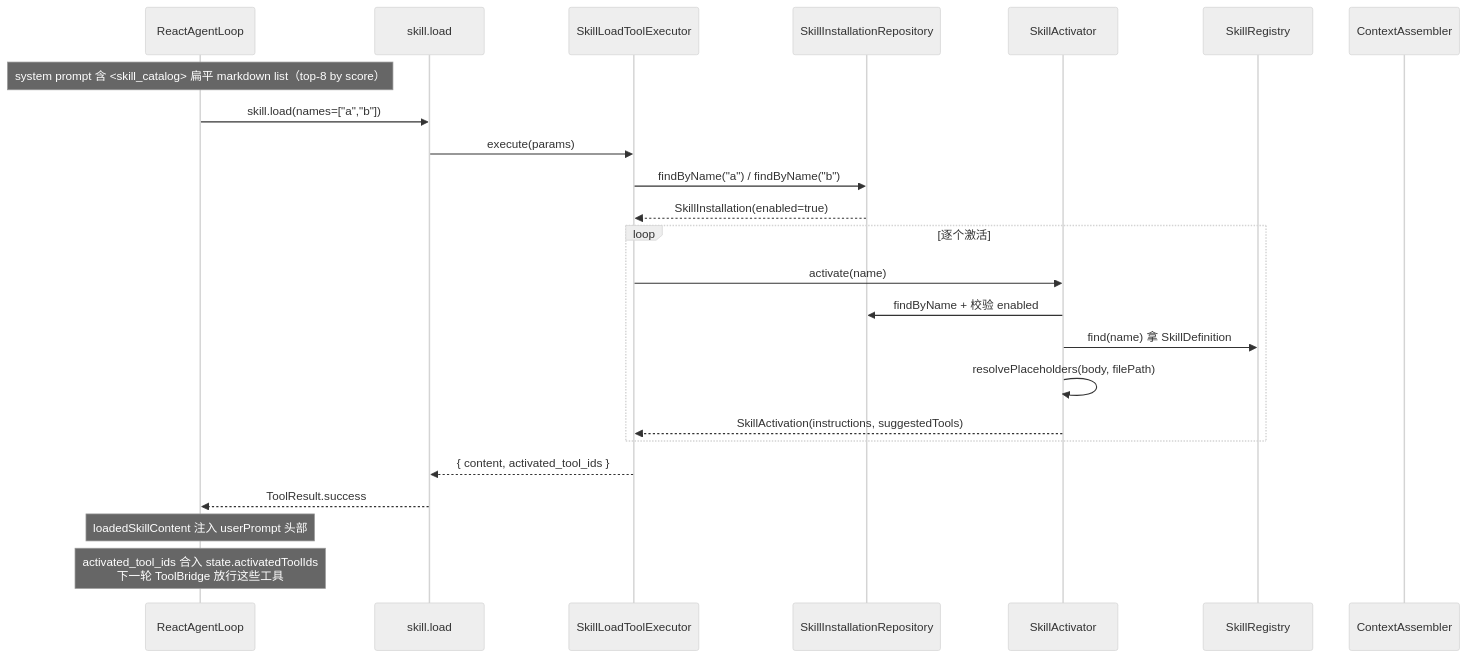
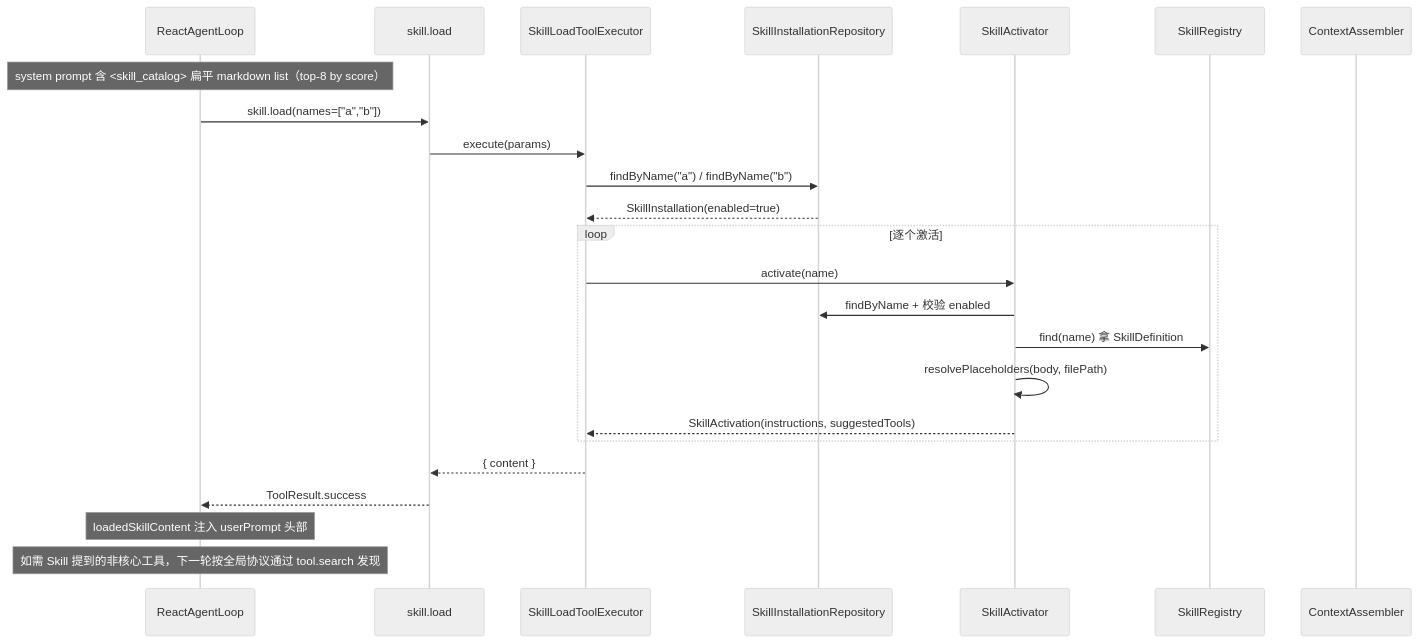
The second of 5 diagrams in docs/architecture/skill-system.md (ntygod/LifePilot), drawn with Mermaid (neutral theme) before and after one commit. The commit also changed other lines of this file and 385 other files, not shown here.

````diff
--- a/docs/architecture/skill-system.md
+++ b/docs/architecture/skill-system.md
@@ -264,27 +264,27 @@
 ```mermaid
 sequenceDiagram
     participant Agent as ReactAgentLoop
     participant Tool as skill.load
     participant Exec as SkillLoadToolExecutor
     participant Repo as SkillInstallationRepository
     participant Act as SkillActivator
     participant Reg as SkillRegistry
     participant CA as ContextAssembler
 
     Note over Agent: system prompt 含 <skill_catalog> 扁平 markdown list（top-8 by score）
     Agent->>Tool: skill.load(names=["a","b"])
     Tool->>Exec: execute(params)
     Exec->>Repo: findByName("a") / findByName("b")
     Repo-->>Exec: SkillInstallation(enabled=true)
     loop 逐个激活
         Exec->>Act: activate(name)
         Act->>Repo: findByName + 校验 enabled
         Act->>Reg: find(name) 拿 SkillDefinition
         Act->>Act: resolvePlaceholders(body, filePath)
         Act-->>Exec: SkillActivation(instructions, suggestedTools)
     end
-    Exec-->>Tool: { content, activated_tool_ids }
+    Exec-->>Tool: { content }
     Tool-->>Agent: ToolResult.success
     Note over Agent: loadedSkillContent 注入 userPrompt 头部
-    Note over Agent: activated_tool_ids 合入 state.activatedToolIds<br/>下一轮 ToolBridge 放行这些工具
+    Note over Agent: 如需 Skill 提到的非核心工具，下一轮按全局协议通过 tool.search 发现
 ```
````
